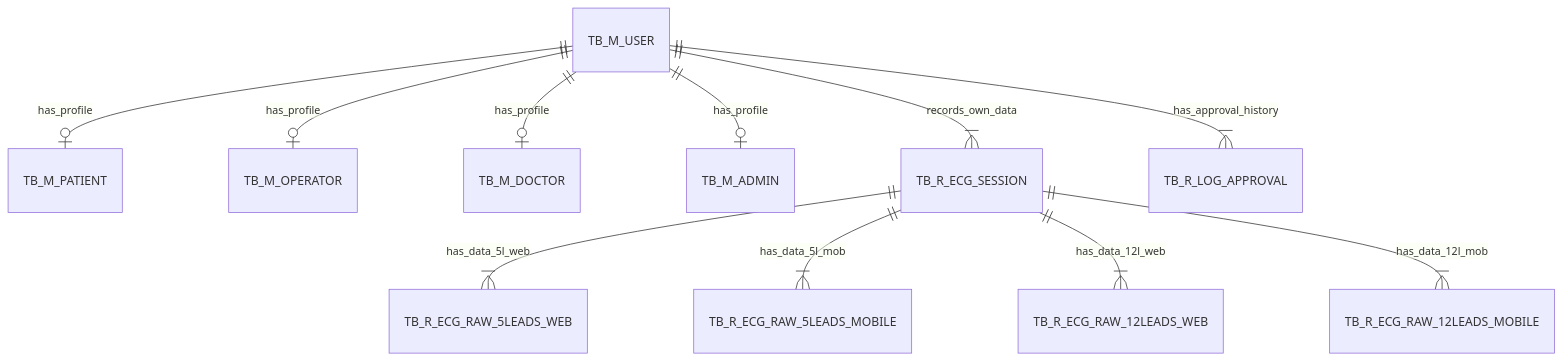
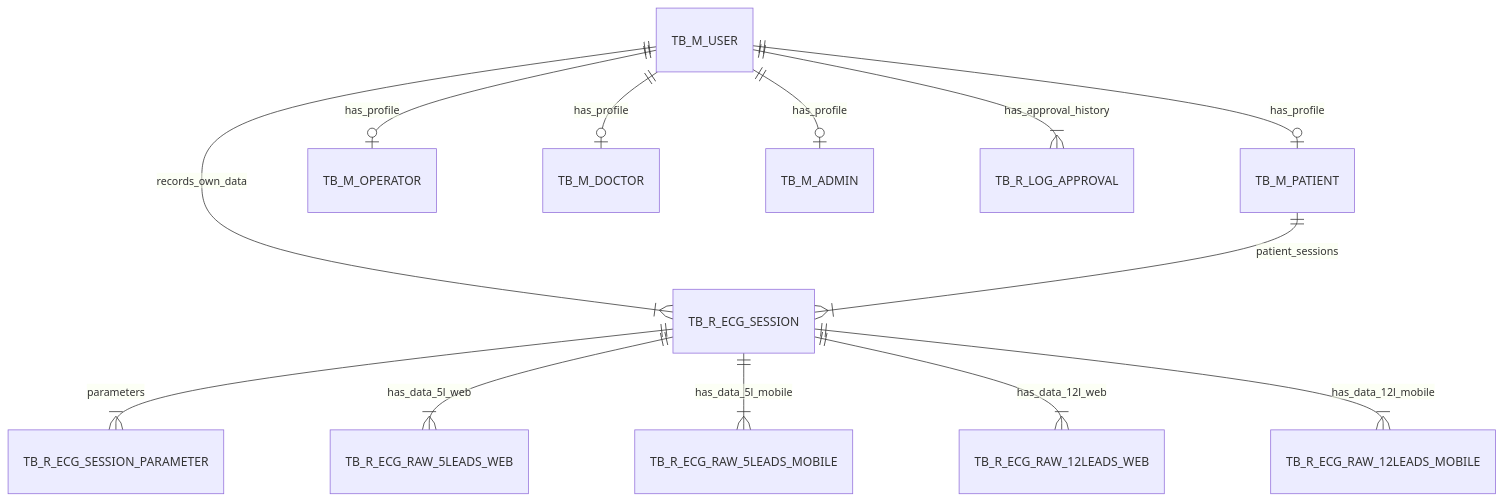
Before and after one commit to affanrk/ecg-puskesmas: the second of 2 diagrams in DESIGN_DOCUMENT.md, drawn with Mermaid. The commit also changed other lines of this file and 5 other files, not shown here.

````diff
--- a/DESIGN_DOCUMENT.md
+++ b/DESIGN_DOCUMENT.md
@@ -58,17 +58,20 @@
 ```mermaid
 erDiagram
     %% Master Tables
     TB_M_USER ||--o| TB_M_PATIENT : has_profile
     TB_M_USER ||--o| TB_M_OPERATOR : has_profile
     TB_M_USER ||--o| TB_M_DOCTOR : has_profile
     TB_M_USER ||--o| TB_M_ADMIN : has_profile
     
+    %% User -> Transactions
     TB_M_USER ||--|{ TB_R_ECG_SESSION : records_own_data
     TB_M_USER ||--|{ TB_R_LOG_APPROVAL : has_approval_history
     
-    %% Transaction Tables
+    %% Session relations
+    TB_M_PATIENT ||--|{ TB_R_ECG_SESSION : patient_sessions
+    TB_R_ECG_SESSION ||--|{ TB_R_ECG_SESSION_PARAMETER : parameters
     TB_R_ECG_SESSION ||--|{ TB_R_ECG_RAW_5LEADS_WEB : has_data_5l_web
-    TB_R_ECG_SESSION ||--|{ TB_R_ECG_RAW_5LEADS_MOBILE : has_data_5l_mob
+    TB_R_ECG_SESSION ||--|{ TB_R_ECG_RAW_5LEADS_MOBILE : has_data_5l_mobile
     TB_R_ECG_SESSION ||--|{ TB_R_ECG_RAW_12LEADS_WEB : has_data_12l_web
-    TB_R_ECG_SESSION ||--|{ TB_R_ECG_RAW_12LEADS_MOBILE : has_data_12l_mob
+    TB_R_ECG_SESSION ||--|{ TB_R_ECG_RAW_12LEADS_MOBILE : has_data_12l_mobile
 ```
````
